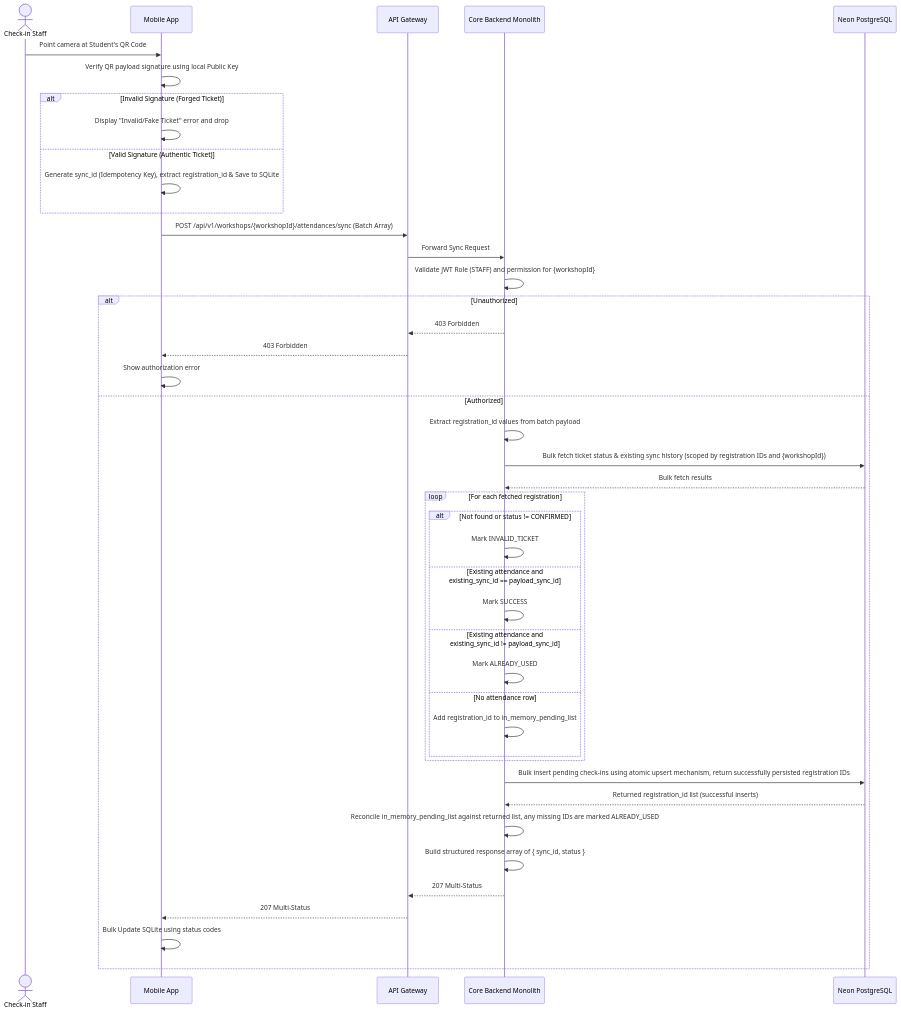
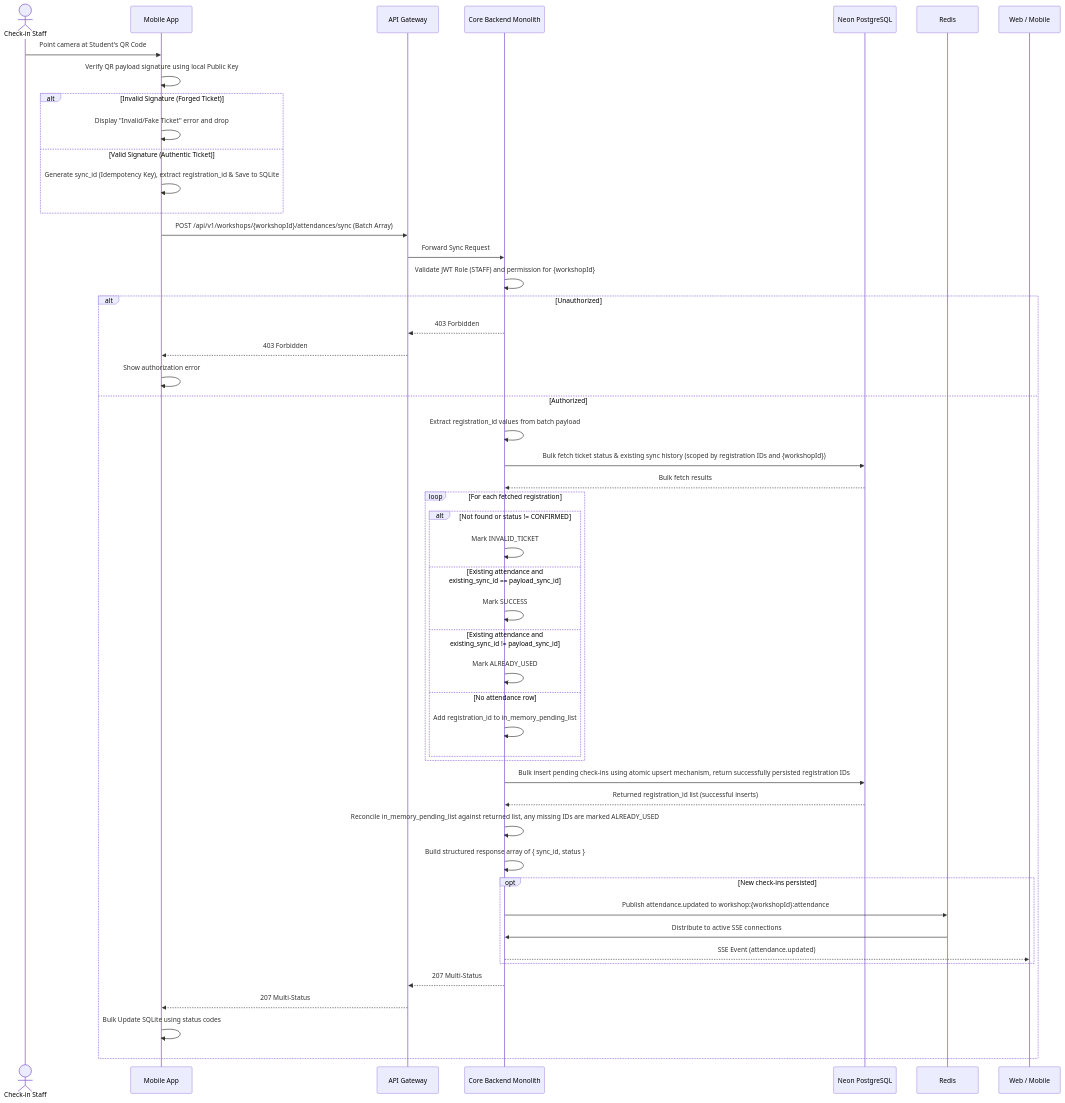
One commit to phatnguyen975/unihub-workshop changed the fifth of 14 diagrams in docs/system-design.md. Above: the diagram before and after it, drawn with Mermaid. The commit also changed other lines of this file and 8 other files, not shown here.

Commit message:
refactor: add SSE for realtime to architecture

````diff
--- a/docs/system-design.md
+++ b/docs/system-design.md
@@ -562,46 +567,51 @@
 ```mermaid
 sequenceDiagram
   actor Staff as Check-in Staff
   participant Mobile as Mobile App
   participant GW as API Gateway
   participant API as Core Backend Monolith
   participant DB as Neon PostgreSQL
 
   Staff->>Mobile: Point camera at Student's QR Code
   Mobile->>Mobile: Verify QR payload signature using local Public Key
   alt Invalid Signature (Forged Ticket)
     Mobile->>Mobile: Display "Invalid/Fake Ticket" error and drop
   else Valid Signature (Authentic Ticket)
     Mobile->>Mobile: Generate sync_id (Idempotency Key), extract registration_id & Save to SQLite
   end
   Mobile->>GW: POST /api/v1/workshops/{workshopId}/attendances/sync (Batch Array)
   GW->>API: Forward Sync Request
   API->>API: Validate JWT Role (STAFF) and permission for {workshopId}
   alt Unauthorized
     API-->>GW: 403 Forbidden
     GW-->>Mobile: 403 Forbidden
     Mobile->>Mobile: Show authorization error
   else Authorized
     API->>API: Extract registration_id values from batch payload
     API->>DB: Bulk fetch ticket status & existing sync history (scoped by registration IDs and {workshopId})
     DB-->>API: Bulk fetch results
     loop For each fetched registration
       alt Not found or status != CONFIRMED
         API->>API: Mark INVALID_TICKET
       else Existing attendance and existing_sync_id == payload_sync_id
         API->>API: Mark SUCCESS
       else Existing attendance and existing_sync_id != payload_sync_id
         API->>API: Mark ALREADY_USED
       else No attendance row
         API->>API: Add registration_id to in_memory_pending_list
       end
     end
     API->>DB: Bulk insert pending check-ins using atomic upsert mechanism, return successfully persisted registration IDs
     DB-->>API: Returned registration_id list (successful inserts)
     API->>API: Reconcile in_memory_pending_list against returned list, any missing IDs are marked ALREADY_USED
     API->>API: Build structured response array of { sync_id, status }
+    opt New check-ins persisted
+      API->>Redis: Publish attendance.updated to workshop:{workshopId}:attendance
+      Redis->>API: Distribute to active SSE connections
+      API-->>Web / Mobile: SSE Event (attendance.updated)
+    end
     API-->>GW: 207 Multi-Status
     GW-->>Mobile: 207 Multi-Status
     Mobile->>Mobile: Bulk Update SQLite using status codes
   end
 ```
````
